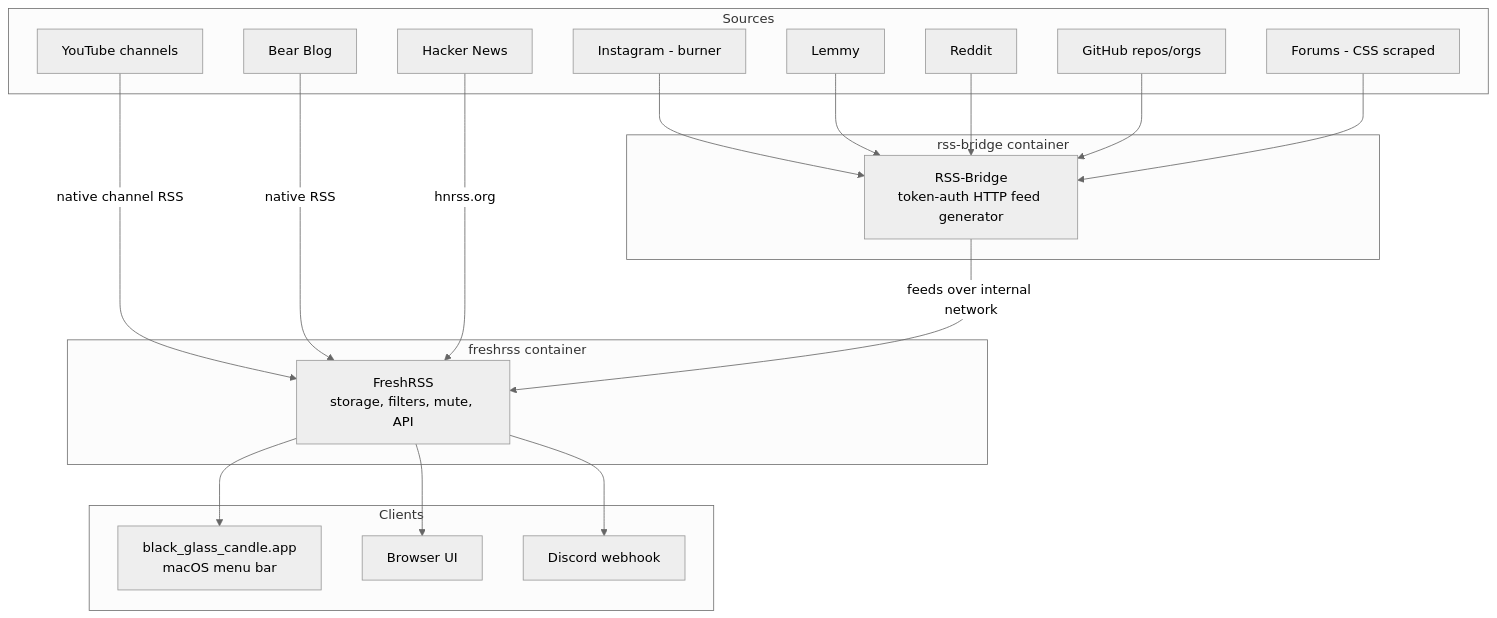
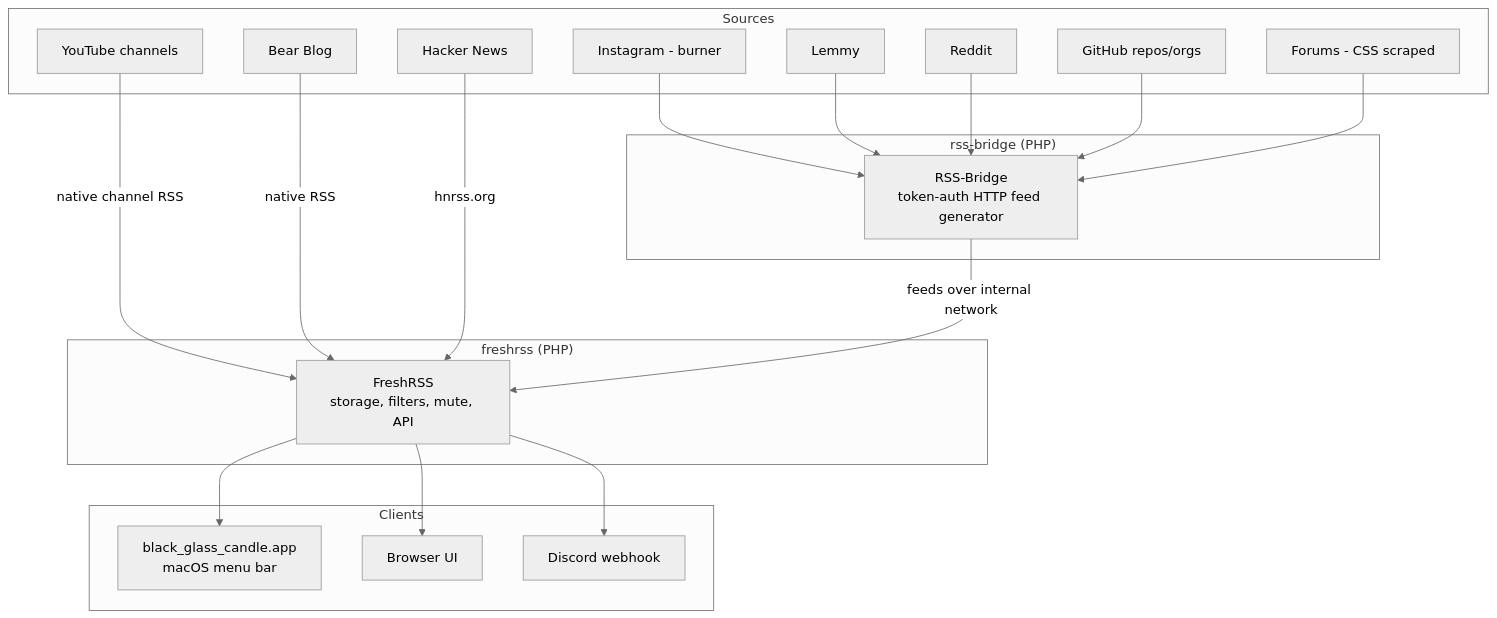
Before and after one commit to afrogenesurvive/glass_candle_tv: the first of 2 diagrams in docs/implementation_plan.md, drawn with Mermaid (neutral theme). The commit also changed other lines of this file and 7 other files, not shown here.

````diff
--- a/docs/implementation_plan.md
+++ b/docs/implementation_plan.md
@@ -23,40 +23,40 @@
 ```mermaid
 graph TB
   subgraph Sources
     YT[YouTube channels]
     BB[Bear Blog]
     HN[Hacker News]
     LM[Lemmy]
     RD[Reddit]
     GH[GitHub repos/orgs]
     FM[Forums - CSS scraped]
     IG[Instagram - burner]
   end
 
-  subgraph "rss-bridge container"
+  subgraph "rss-bridge (PHP)"
     RB[RSS-Bridge<br/>token-auth HTTP feed generator]
   end
 
-  subgraph "freshrss container"
+  subgraph "freshrss (PHP)"
     FR[FreshRSS<br/>storage, filters, mute, API]
   end
 
   subgraph Clients
     MB[black_glass_candle.app<br/>macOS menu bar]
     WEB[Browser UI]
     DC[Discord webhook]
   end
 
   YT -->|native channel RSS| FR
   BB -->|native RSS| FR
   HN -->|hnrss.org| FR
   IG --> RB
   LM --> RB
   RD --> RB
   GH --> RB
   FM --> RB
   RB -->|feeds over internal network| FR
   FR --> MB
   FR --> WEB
   FR --> DC
 ```
````
